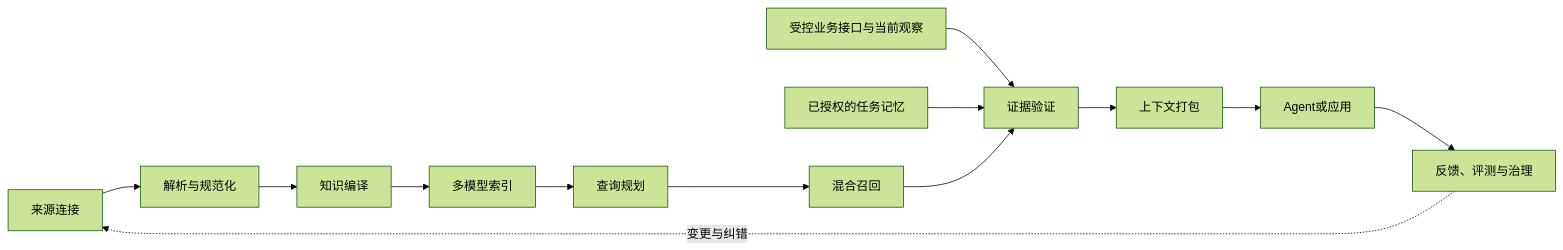
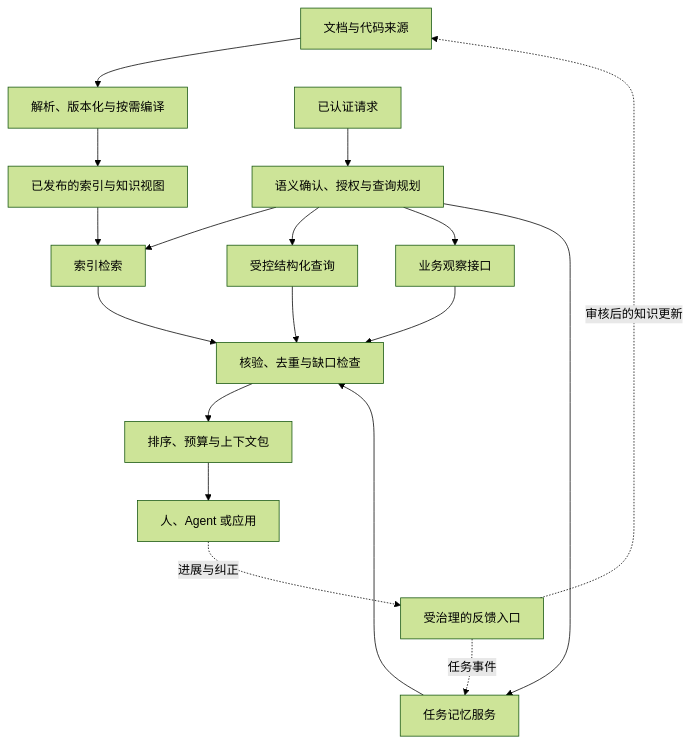
The diagram in book/part-3/chapter-10.md (LENSHOOD/enterprise-context-book), drawn with Mermaid (forest theme) before and after one commit. The commit also changed other lines of this file and 23 other files, not shown here.

````diff
--- a/book/part-3/chapter-10.md
+++ b/book/part-3/chapter-10.md
@@ -15,15 +27,20 @@
 ```mermaid
-flowchart LR
-  S[来源连接] --> P[解析与规范化]
-  P --> K[知识编译]
-  K --> I[多模型索引]
-  I --> Q[查询规划]
-  LIVE["受控业务接口与当前观察"] --> E
-  MEM["已授权的任务记忆"] --> E
-  Q --> R[混合召回]
-  R --> E[证据验证]
-  E --> C[上下文打包]
-  C --> A[Agent或应用]
-  A --> G[反馈、评测与治理]
-  G -.变更与纠错.-> S
+flowchart TB
+  S["文档与代码来源"] --> P["解析、版本化与按需编译"]
+  P --> I["已发布的索引与知识视图"]
+  Q["已认证请求"] --> G["语义确认、授权与查询规划"]
+  G --> R["索引检索"]
+  I --> R
+  G --> D["受控结构化查询"]
+  G --> O["业务观察接口"]
+  G --> M["任务记忆服务"]
+  R --> V["核验、去重与缺口检查"]
+  D --> V
+  O --> V
+  M --> V
+  V --> B["排序、预算与上下文包"]
+  B --> A["人、Agent 或应用"]
+  A -.进展与纠正.-> F["受治理的反馈入口"]
+  F -.任务事件.-> M
+  F -.审核后的知识更新.-> S
 ```
````
